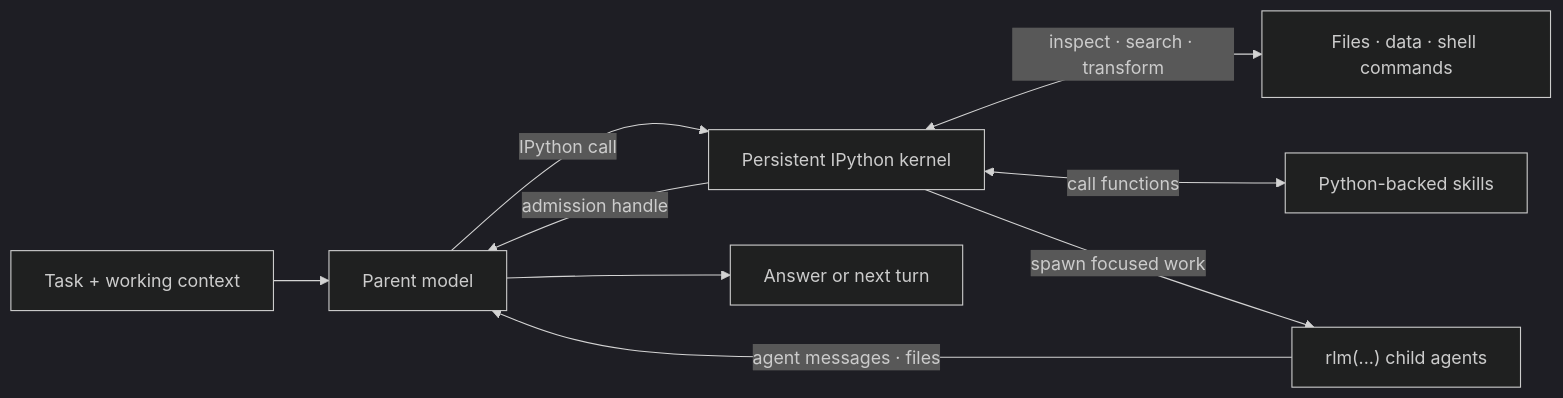
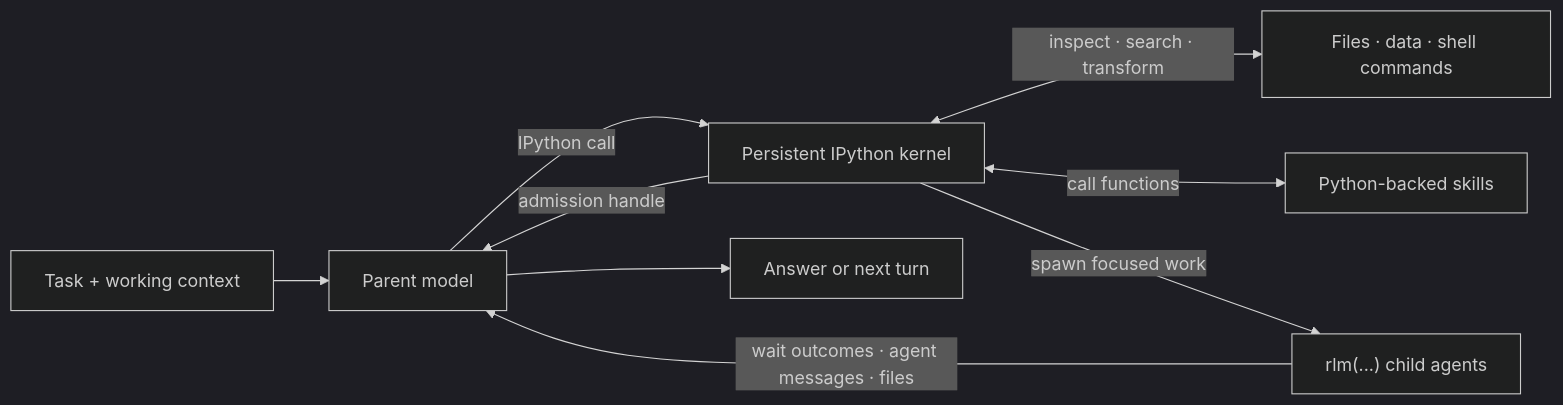
Before and after one commit to I5858555255/Prime-Agent-Novel-Engine: the diagram in packages/coding-agent/docs/rlm.md, drawn with Mermaid (dark theme). The commit also changed other lines of this file and 11 other files, not shown here.

````diff
--- a/packages/coding-agent/docs/rlm.md
+++ b/packages/coding-agent/docs/rlm.md
@@ -7,19 +7,19 @@
 ```mermaid
 flowchart LR
     task["Task + working context"]
     parent["Parent model"]
     kernel["Persistent IPython kernel"]
     data["Files · data · shell commands"]
     skills["Python-backed skills"]
     children["rlm(...) child agents"]
     answer["Answer or next turn"]
 
     task --> parent
     parent -->|"IPython call"| kernel
     kernel <-->|"inspect · search · transform"| data
     kernel <-->|"call functions"| skills
     kernel -->|"spawn focused work"| children
-    children -->|"agent messages · files"| parent
+    children -->|"wait outcomes · agent messages · files"| parent
     kernel -->|"admission handle"| parent
     parent --> answer
 ```
````
